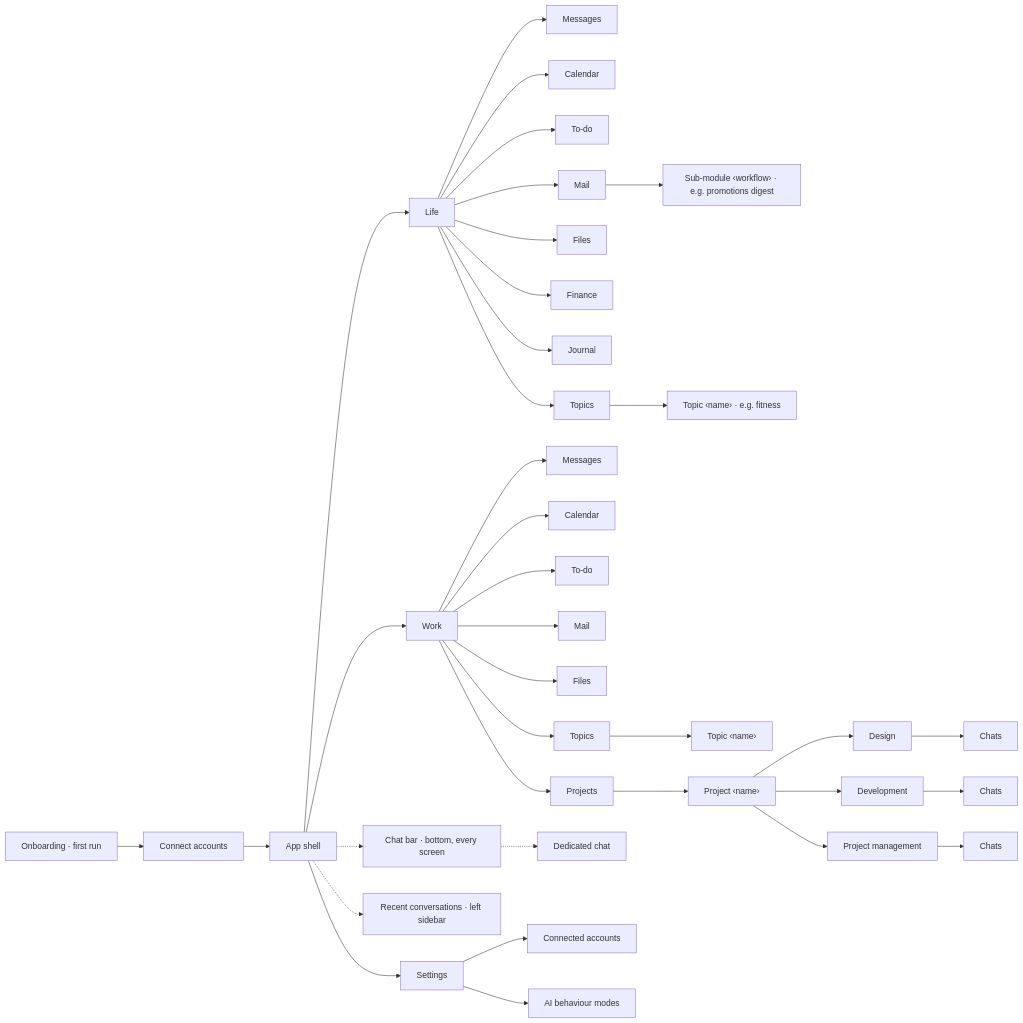
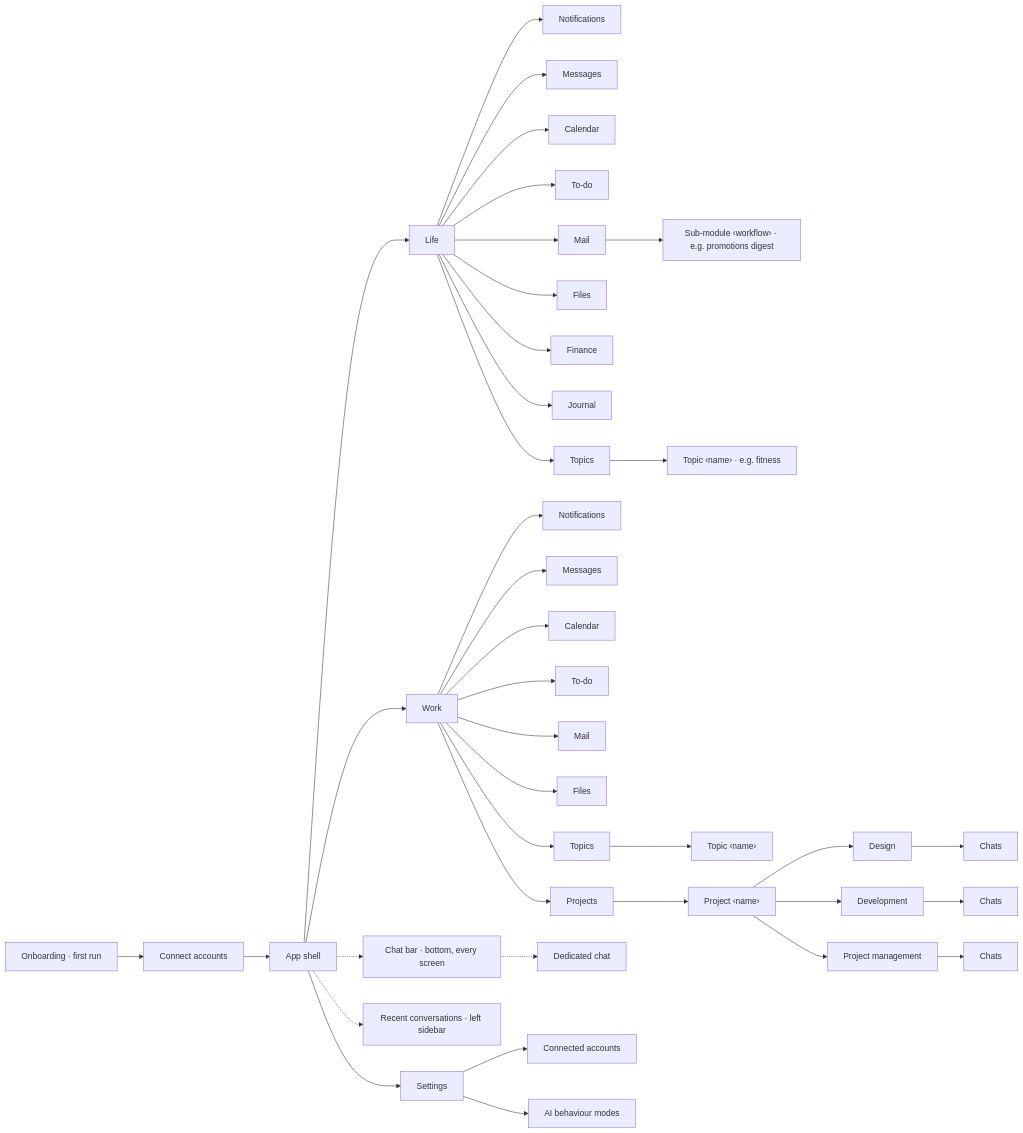
Before and after one commit to sherrrrryz/personal_agent: the diagram in docs/design/IA-MAP.md, drawn with Mermaid. The commit also changed other lines of this file and 2 other files, not shown here.

First line of the commit message:
docs(task-0): D-12 block model, triggers and module frame; D-13 notifications module per layer

````diff
--- a/docs/design/IA-MAP.md
+++ b/docs/design/IA-MAP.md
@@ -18,42 +18,44 @@
 ```mermaid
 flowchart LR
   onboarding[Onboarding · first run] --> onboarding.accounts[Connect accounts]
   onboarding.accounts --> root
   root[App shell]
   root --> life[Life]
   root --> work[Work]
   root -.-> chat.bar[Chat bar · bottom, every screen]
   root -.-> chat.recent[Recent conversations · left sidebar]
   root --> settings[Settings]
 
+  life --> life.notifications[Notifications]
   life --> life.messages[Messages]
   life --> life.calendar[Calendar]
   life --> life.todo[To-do]
   life --> life.mail[Mail]
   life --> life.files[Files]
   life --> life.finance[Finance]
   life --> life.journal[Journal]
   life --> life.topics[Topics]
   life.mail --> life.mail.custom["Sub-module ‹workflow› · e.g. promotions digest"]
   life.topics --> life.topic["Topic ‹name› · e.g. fitness"]
 
+  work --> work.notifications[Notifications]
   work --> work.messages[Messages]
   work --> work.calendar[Calendar]
   work --> work.todo[To-do]
   work --> work.mail[Mail]
   work --> work.files[Files]
   work --> work.projects[Projects]
   work --> work.topics[Topics]
   work.topics --> work.topic["Topic ‹name›"]
   work.projects --> project["Project ‹name›"]
   project --> project.design[Design]
   project --> project.dev[Development]
   project --> project.pm[Project management]
   project.design --> project.design.chats[Chats]
   project.dev --> project.dev.chats[Chats]
   project.pm --> project.pm.chats[Chats]
 
   chat.bar -.-> chat.thread[Dedicated chat]
   settings --> settings.accounts[Connected accounts]
   settings --> settings.ai-modes[AI behaviour modes]
 ```
````
